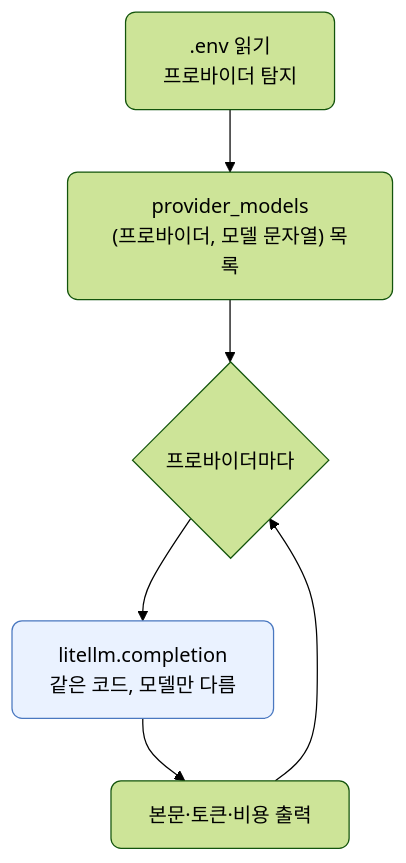
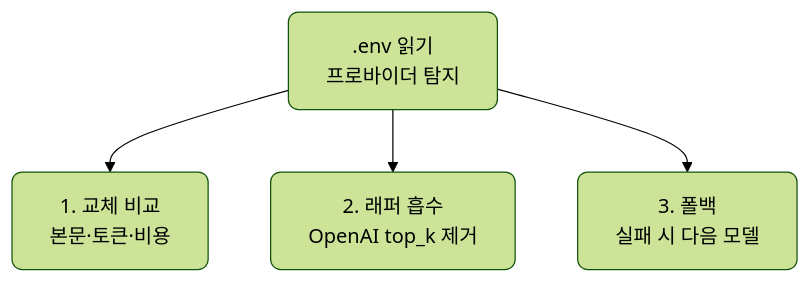
One commit to CodeCompose7/ai_service_engineering changed the fifth of 5 diagrams in docs/section1/lec06/README.md. Above: the diagram before and after it, drawn with Mermaid (forest theme). The commit also changed other lines of this file and 2 other files, not shown here.

````diff
--- a/docs/section1/lec06/README.md
+++ b/docs/section1/lec06/README.md
@@ -146,11 +171,7 @@
 ```mermaid
 flowchart TB
-  ENV[".env 읽기<br/>프로바이더 탐지"] --> PM["provider_models<br/>(프로바이더, 모델 문자열) 목록"]
-  PM --> LOOP{"프로바이더마다"}
-  LOOP --> CALL["litellm.completion<br/>같은 코드, 모델만 다름"]
-  CALL --> OUT["본문·토큰·비용 출력"]
-  OUT --> LOOP
+  ENV[".env 읽기<br/>프로바이더 탐지"] --> D1["1. 교체 비교<br/>본문·토큰·비용"]
+  ENV --> D2["2. 래퍼 흡수<br/>OpenAI top_k 제거"]
+  ENV --> D3["3. 폴백<br/>실패 시 다음 모델"]
   classDef default rx:8,ry:8;
-  classDef key fill:#eaf2ff,stroke:#4a78c0;
-  class CALL key;
 ```
````
